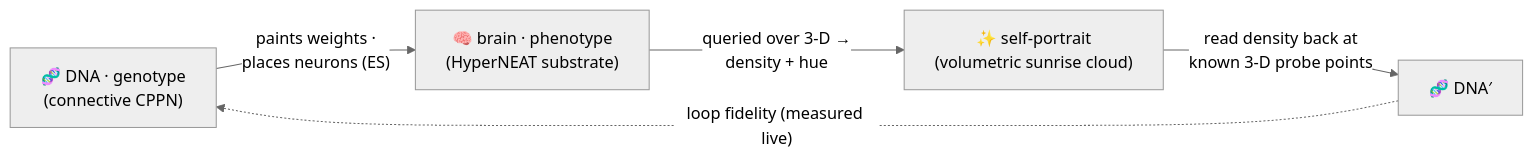
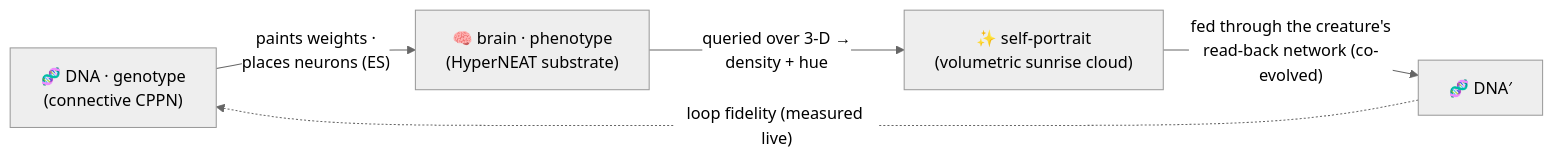
Before and after one commit to admiralakber/autograph: the first of 3 diagrams in docs/notes/architecture.md, drawn with Mermaid (neutral theme). The commit also changed 7 other files, not shown here.

````diff
--- a/docs/notes/architecture.md
+++ b/docs/notes/architecture.md
@@ -37,7 +37,7 @@
 ```mermaid
 flowchart LR
   DNA["🧬 DNA · genotype<br/>(connective CPPN)"] -->|"paints weights ·<br/>places neurons (ES)"| PHENO["🧠 brain · phenotype<br/>(HyperNEAT substrate)"]
   PHENO -->|"queried over 3-D →<br/>density + hue"| ART["✨ self-portrait<br/>(volumetric sunrise cloud)"]
-  ART -->|"read density back at<br/>known 3-D probe points"| DNA2["🧬 DNA′"]
+  ART -->|"fed through the creature's<br/>read-back network (co-evolved)"| DNA2["🧬 DNA′"]
   DNA2 -. "loop fidelity (measured live)" .-> DNA
 ```
````
